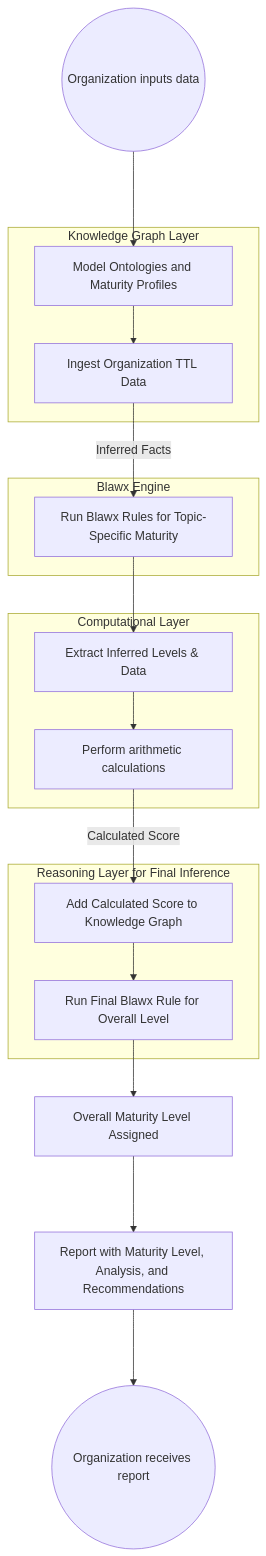
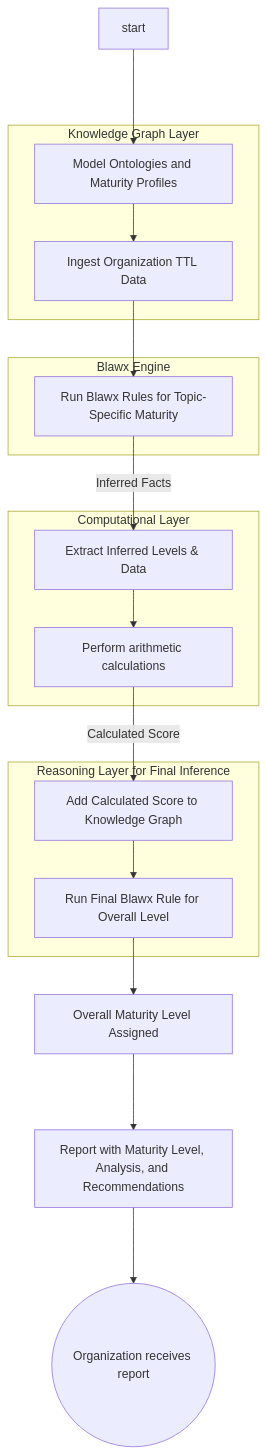
Before and after one commit to heidingaway/heidi2: the diagram in heidi2/publish/dmat-nextsteps.md, drawn with Mermaid. The commit also changed 1 other file, not shown here.

Commit message:
Quartz sync: Aug 5, 2025, 12:47 PM

````diff
--- a/heidi2/publish/dmat-nextsteps.md
+++ b/heidi2/publish/dmat-nextsteps.md
@@ -14,35 +14,67 @@
 ```mermaid
 
 flowchart TD
-id1((Organization inputs data))
 
-  subgraph s1["Knowledge Graph Layer"]
-    n1["Model Ontologies and Maturity Profiles"]
-    n2["Ingest Organization TTL Data"]
-  end
-  subgraph s2["Blawx Engine"]
-    n3["Run Blawx Rules for Topic-Specific Maturity"]
-  end
-  subgraph s3["Computational Layer"]
-    n4["Extract Inferred Levels &amp; Data"]
-    n5["Perform arithmetic calculations"]
-  end
-  subgraph s4["Reasoning Layer for Final Inference"]
-    n6["Add Calculated Score to Knowledge Graph"]
-    n7["Run Final Blawx Rule for Overall Level"]
-  end
-  n8["Overall Maturity Level Assigned"]
-  n9["Report with Maturity Level, Analysis, and Recommendations"]
-  n10((Organization receives report))
+start
 
-  id1 ---> n1
-  n1 --> n2
-  n2 -- Inferred Facts --> n3
-  n3 --> n4
-  n4 --> n5
-  n5 -- Calculated Score --> n6
-  n6 --> n7
-  n7 --> n8
-  n8 --->n9
-  n9 --->n10
+  
+
+subgraph s1["Knowledge Graph Layer"]
+
+n1["Model Ontologies and Maturity Profiles"]
+
+n2["Ingest Organization TTL Data"]
+
+end
+
+subgraph s2["Blawx Engine"]
+
+n3["Run Blawx Rules for Topic-Specific Maturity"]
+
+end
+
+subgraph s3["Computational Layer"]
+
+n4["Extract Inferred Levels &amp; Data"]
+
+n5["Perform arithmetic calculations"]
+
+end
+
+subgraph s4["Reasoning Layer for Final Inference"]
+
+n6["Add Calculated Score to Knowledge Graph"]
+
+n7["Run Final Blawx Rule for Overall Level"]
+
+end
+
+n8["Overall Maturity Level Assigned"]
+
+n9["Report with Maturity Level, Analysis, and Recommendations"]
+
+n10((Organization receives report))
+
+  
+
+start ---> n1
+
+n1 --> n2
+
+n2 --> n3
+
+n3 -- Inferred Facts --> n4
+
+n4 --> n5
+
+n5 -- Calculated Score --> n6
+
+n6 --> n7
+
+n7 --> n8
+
+n8 --->n9
+
+n9 --->n10
+
 ```
````
